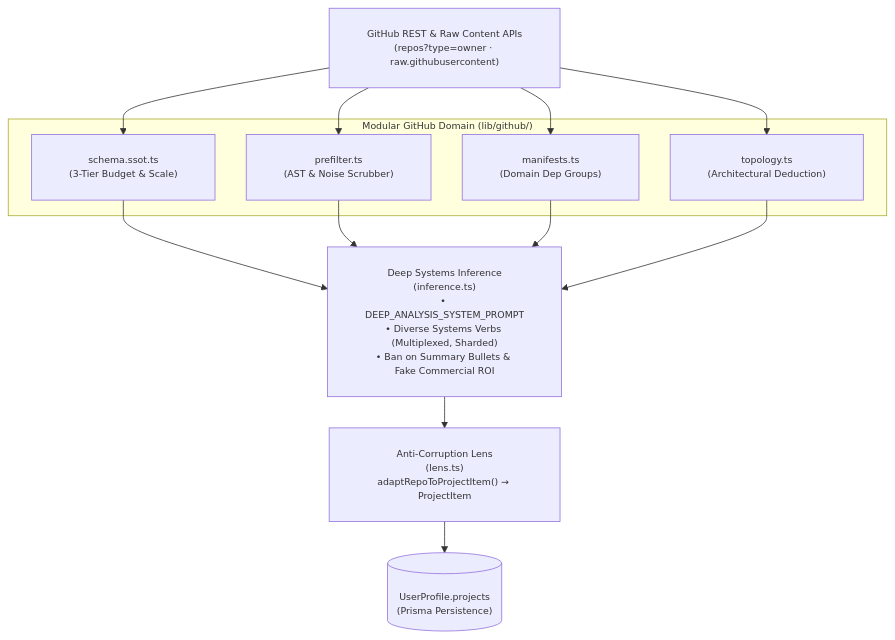
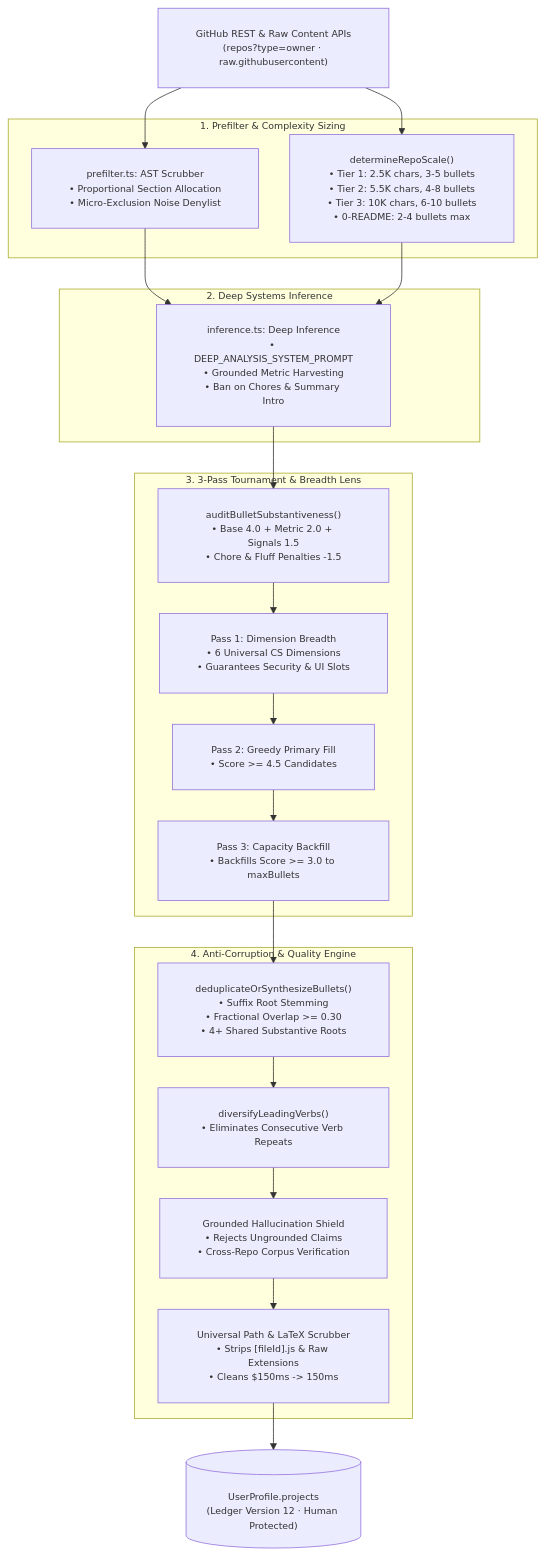
One commit to Marqlo-C/mailpilot changed the fifth of 14 diagrams in README.md. Above: the diagram before and after it, drawn with Mermaid. The commit also changed other lines of this file, not shown here.

Commit message:
chore(README): Update documentation to accurately represent new github parser flowand added paramters

````diff
--- a/README.md
+++ b/README.md
@@ -299,23 +299,37 @@
 ```mermaid
 %%{init: {"themeVariables": {"fontSize": "12px", "fontFamily": "-apple-system, BlinkMacSystemFont, Segoe UI, sans-serif"}, "themeCSS": ".edgeLabel foreignObject { overflow: visible !important; } .edgeLabel span { padding: 0 4px; }", "flowchart": {"padding": 24, "nodeSpacing": 40, "rankSpacing": 40}}}%%
 flowchart TD
   API["GitHub REST & Raw Content APIs<br/>(repos?type=owner · raw.githubusercontent)"]
 
-  subgraph Domain["Modular GitHub Domain (lib/github/)"]
-    SSOT["schema.ssot.ts<br/>(3-Tier Budget & Scale)"]
-    PRE["prefilter.ts<br/>(AST & Noise Scrubber)"]
-    MAN["manifests.ts<br/>(Domain Dep Groups)"]
-    TOP["topology.ts<br/>(Architectural Deduction)"]
+  subgraph Stage1["1. Prefilter & Complexity Sizing"]
+    AST["prefilter.ts: AST Scrubber<br/>• Proportional Section Allocation<br/>• Micro-Exclusion Noise Denylist"]
+    SCALE["determineRepoScale()<br/>• Tier 1: 2.5K chars, 3-5 bullets<br/>• Tier 2: 5.5K chars, 4-8 bullets<br/>• Tier 3: 10K chars, 6-10 bullets<br/>• 0-README: 2-4 bullets max"]
   end
 
-  INF["Deep Systems Inference<br/>(inference.ts)<br/>• DEEP_ANALYSIS_SYSTEM_PROMPT<br/>• Diverse Systems Verbs (Multiplexed, Sharded)<br/>• Ban on Summary Bullets & Fake Commercial ROI"]
+  subgraph Stage2["2. Deep Systems Inference"]
+    INF["inference.ts: Deep Inference<br/>• DEEP_ANALYSIS_SYSTEM_PROMPT<br/>• Grounded Metric Harvesting<br/>• Ban on Chores & Summary Intro"]
+  end
 
-  LENS["Anti-Corruption Lens<br/>(lens.ts)<br/>adaptRepoToProjectItem() &rarr; ProjectItem"]
+  subgraph Stage3["3. 3-Pass Tournament & Breadth Lens"]
+    AUDIT["auditBulletSubstantiveness()<br/>• Base 4.0 + Metric 2.0 + Signals 1.5<br/>• Chore & Fluff Penalties -1.5"]
+    PASS1["Pass 1: Dimension Breadth<br/>• 6 Universal CS Dimensions<br/>• Guarantees Security & UI Slots"]
+    PASS2["Pass 2: Greedy Primary Fill<br/>• Score >= 4.5 Candidates"]
+    PASS3["Pass 3: Capacity Backfill<br/>• Backfills Score >= 3.0 to maxBullets"]
+  end
 
-  DB[("UserProfile.projects<br/>(Prisma Persistence)")]
+  subgraph Stage4["4. Anti-Corruption & Quality Engine"]
+    DEDUP["deduplicateOrSynthesizeBullets()<br/>• Suffix Root Stemming<br/>• Fractional Overlap >= 0.30<br/>• 4+ Shared Substantive Roots"]
+    VERB["diversifyLeadingVerbs()<br/>• Eliminates Consecutive Verb Repeats"]
+    SHIELD["Grounded Hallucination Shield<br/>• Rejects Ungrounded Claims<br/>• Cross-Repo Corpus Verification"]
+    SCRUB["Universal Path & LaTeX Scrubber<br/>• Strips [fileId].js & Raw Extensions<br/>• Cleans $150ms -> 150ms"]
+  end
 
-  API --> SSOT & PRE & MAN & TOP
-  SSOT & PRE & MAN & TOP --> INF
-  INF --> LENS
-  LENS --> DB
+  DB[("UserProfile.projects<br/>(Ledger Version 12 · Human Protected)")]
+
+  API --> AST & SCALE
+  AST & SCALE --> INF
+  INF --> AUDIT
+  AUDIT --> PASS1 --> PASS2 --> PASS3
+  PASS3 --> DEDUP --> VERB --> SHIELD --> SCRUB
+  SCRUB --> DB
 ```
````
